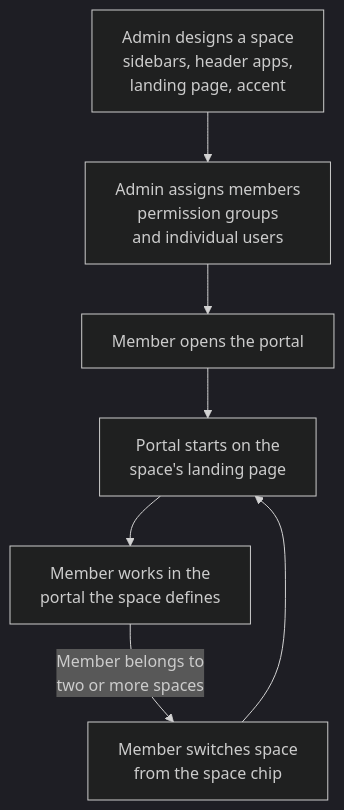
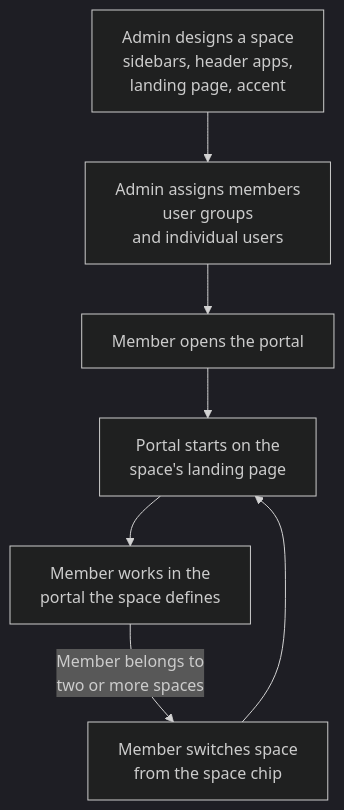
The second of 2 diagrams in docs/quix-cloud/spaces/overview.md (quixio/quix-docs), drawn with Mermaid (dark theme) before and after one commit. The commit also changed other lines of this file and 8 other files, not shown here.

````diff
--- a/docs/quix-cloud/spaces/overview.md
+++ b/docs/quix-cloud/spaces/overview.md
@@ -95,9 +89,9 @@
 ```mermaid
 flowchart TD
-    A["Admin designs a space<br/>sidebars, header apps,<br/>landing page, accent"] --> B["Admin assigns members<br/>permission groups<br/>and individual users"]
+    A["Admin designs a space<br/>sidebars, header apps,<br/>landing page, accent"] --> B["Admin assigns members<br/>user groups<br/>and individual users"]
     B --> C["Member opens the portal"]
     C --> D["Portal starts on the<br/>space's landing page"]
     D --> E["Member works in the<br/>portal the space defines"]
     E -->|"Member belongs to<br/>two or more spaces"| F["Member switches space<br/>from the space chip"]
     F --> D
 ```
````
